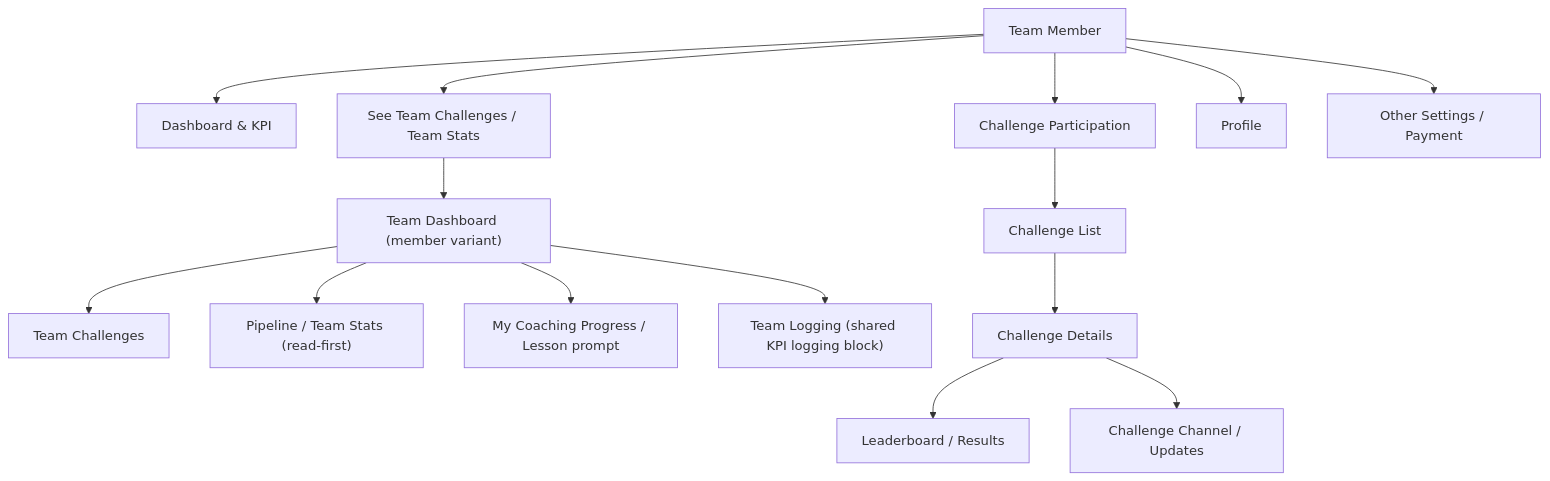
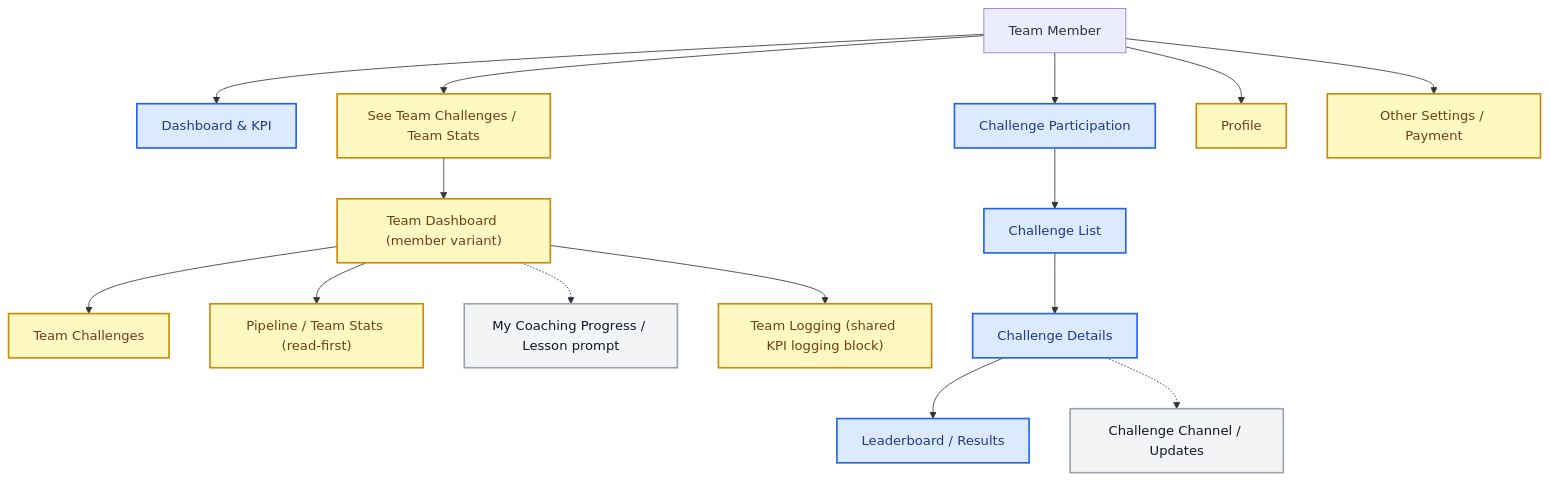
One commit to jonhazeltine/compass-kpi changed the seventh of 9 diagrams in docs/spec/appendix/INTENDED_WIRING_DIAGRAM.md. Above: the diagram before and after it, drawn with Mermaid. The commit also changed other lines of this file, not shown here.

Commit message:
Standardize wiring diagram status colors

````diff
--- a/docs/spec/appendix/INTENDED_WIRING_DIAGRAM.md
+++ b/docs/spec/appendix/INTENDED_WIRING_DIAGRAM.md
@@ -174,19 +225,28 @@
 ```mermaid
 flowchart TD
   M["Team Member"] --> MD["Dashboard & KPI"]
   M --> MT["See Team Challenges / Team Stats"]
   M --> MC["Challenge Participation"]
   M --> MP["Profile"]
   M --> MS["Other Settings / Payment"]
 
   MT --> MTD["Team Dashboard (member variant)"]
   MTD --> MTC["Team Challenges"]
   MTD --> MPipe["Pipeline / Team Stats (read-first)"]
-  MTD --> MJP["My Coaching Progress / Lesson prompt"]
+  MTD -.-> MJP["My Coaching Progress / Lesson prompt"]
   MTD --> MLog["Team Logging (shared KPI logging block)"]
 
   MC --> MCL["Challenge List"]
   MCL --> MCD["Challenge Details"]
   MCD --> MCB["Leaderboard / Results"]
-  MCD --> MCC["Challenge Channel / Updates"]
+  MCD -.-> MCC["Challenge Channel / Updates"]
+
+  classDef mvp fill:#dbeafe,stroke:#2563eb,color:#1e3a8a,stroke-width:2px;
+  classDef prod fill:#dcfce7,stroke:#16a34a,color:#14532d,stroke-width:2px;
+  classDef framed fill:#fef9c3,stroke:#ca8a04,color:#713f12,stroke-width:2px;
+  classDef missing fill:#f3f4f6,stroke:#9ca3af,color:#111827,stroke-width:2px;
+
+  class MD,MC,MCL,MCD,MCB mvp;
+  class MT,MTD,MTC,MPipe,MLog,MP,MS framed;
+  class MJP,MCC missing;
 ```
````
